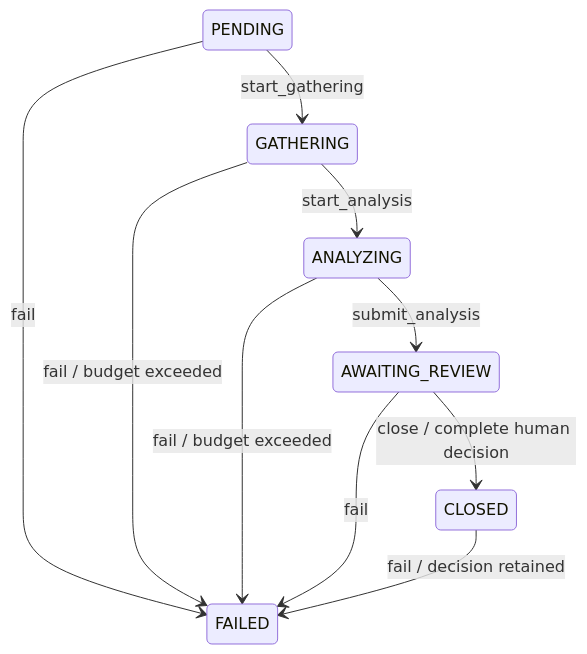
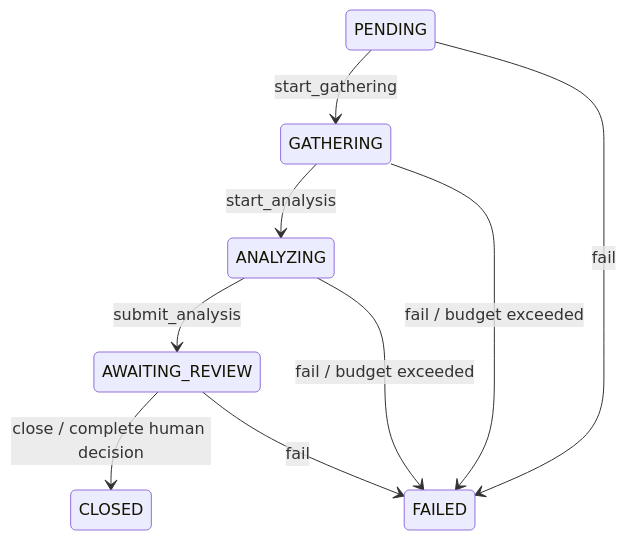
The diagram in docs/adr/0003-run-and-review-invariants.md (Rileyjrjohns/casefile), drawn with Mermaid before and after one commit. The commit also changed other lines of this file and 2 other files, not shown here.

Commit message:
docs(adr): record that CLOSED is terminal and what bootstrap hosts

````diff
--- a/docs/adr/0003-run-and-review-invariants.md
+++ b/docs/adr/0003-run-and-review-invariants.md
@@ -27,12 +27,11 @@
 ```mermaid
 stateDiagram-v2
     PENDING --> GATHERING: start_gathering
     GATHERING --> ANALYZING: start_analysis
     ANALYZING --> AWAITING_REVIEW: submit_analysis
     AWAITING_REVIEW --> CLOSED: close / complete human decision
     PENDING --> FAILED: fail
     GATHERING --> FAILED: fail / budget exceeded
     ANALYZING --> FAILED: fail / budget exceeded
     AWAITING_REVIEW --> FAILED: fail
-    CLOSED --> FAILED: fail / decision retained
 ```
````
